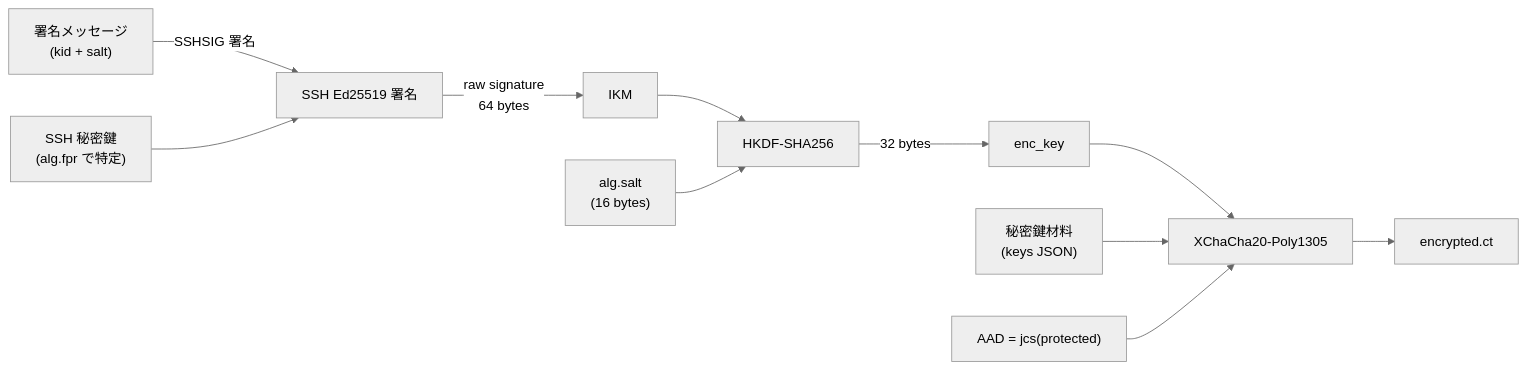
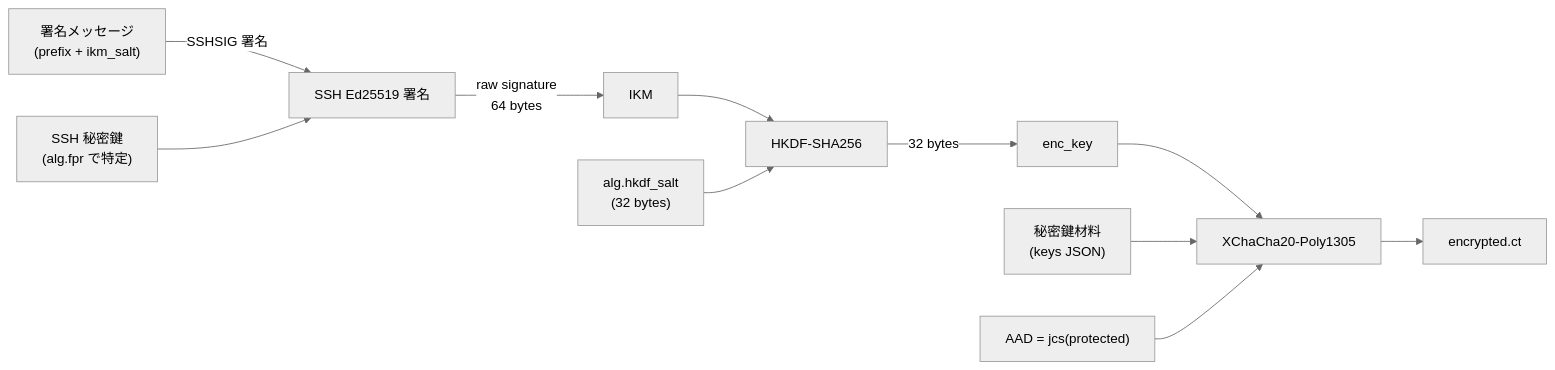
Before and after one commit to ebisawa/kapsaro: the fifth of 6 diagrams in guides/security_design_ja.md, drawn with Mermaid (neutral theme). The commit also changed other lines of this file and 33 other files, not shown here.

````diff
--- a/guides/security_design_ja.md
+++ b/guides/security_design_ja.md
@@ -910,13 +910,13 @@
 ```mermaid
 graph LR
-    Msg["署名メッセージ<br/>(kid + salt)"] -->|SSHSIG 署名| SSHSign["SSH Ed25519 署名"]
+    Msg["署名メッセージ<br/>(prefix + ikm_salt)"] -->|SSHSIG 署名| SSHSign["SSH Ed25519 署名"]
     SSHKey["SSH 秘密鍵<br/>(alg.fpr で特定)"] --> SSHSign
     SSHSign -->|"raw signature<br/>64 bytes"| IKM["IKM"]
     IKM --> HKDF["HKDF-SHA256"]
-    Salt["alg.salt<br/>(16 bytes)"] --> HKDF
+    Salt["alg.hkdf_salt<br/>(32 bytes)"] --> HKDF
     HKDF -->|32 bytes| EncKey["enc_key"]
     EncKey --> AEAD["XChaCha20-Poly1305"]
     Plaintext["秘密鍵材料<br/>(keys JSON)"] --> AEAD
     AAD["AAD = jcs(protected)"] --> AEAD
     AEAD --> CT["encrypted.ct"]
 ```
````
